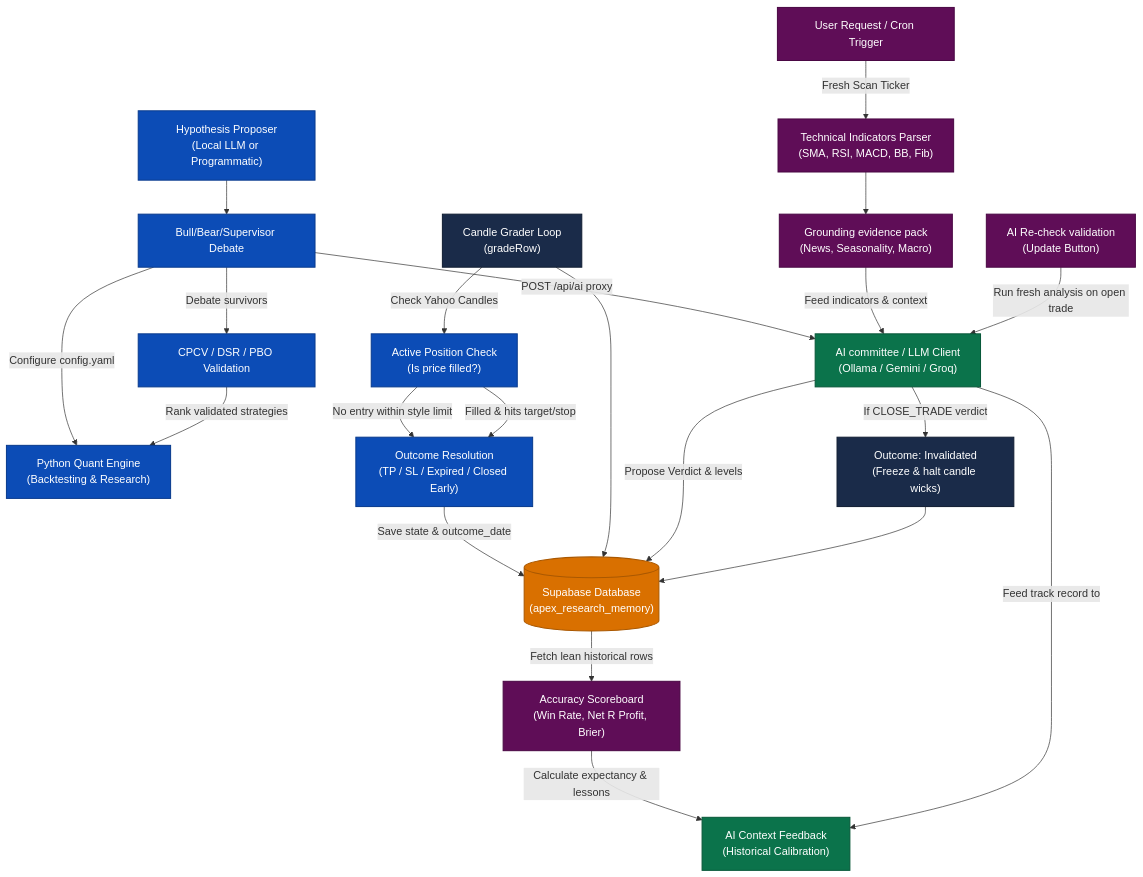
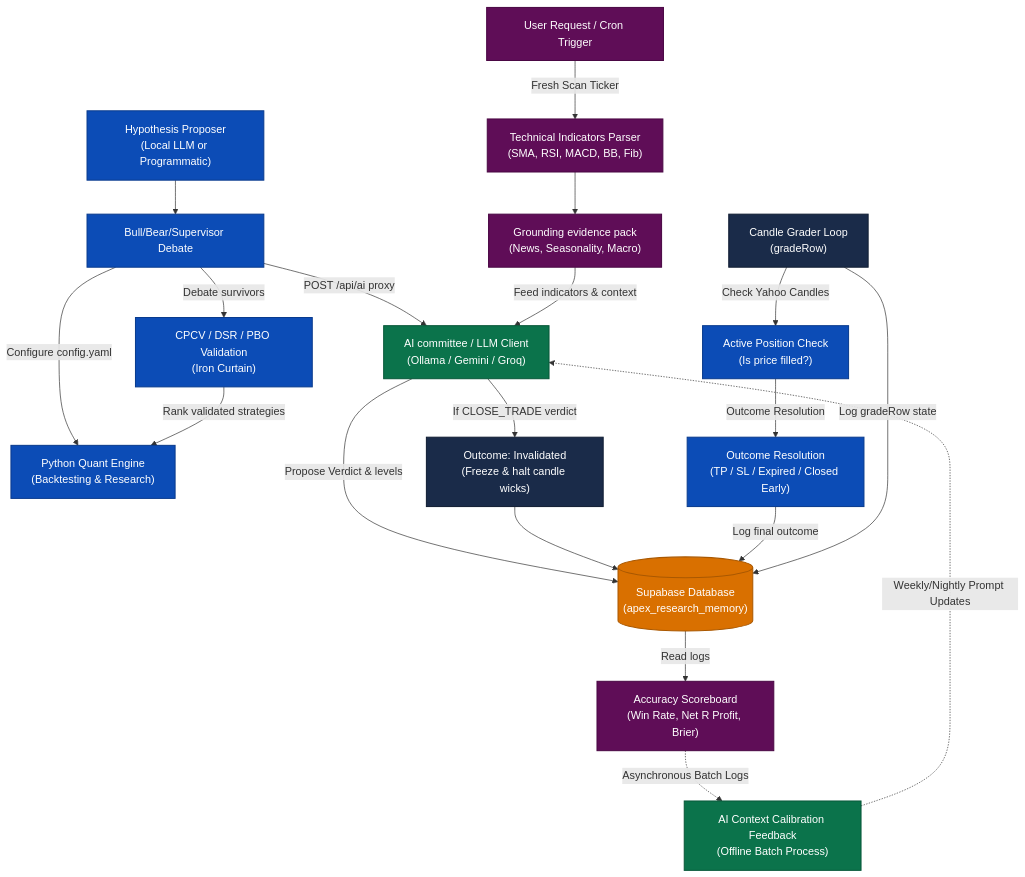
The diagram in system_architecture.md (zainm01800/apexfx), drawn with Mermaid before and after one commit. The commit also changed other lines of this file and 9 other files, not shown here.

````diff
--- a/system_architecture.md
+++ b/system_architecture.md
@@ -7,59 +7,66 @@
 ```mermaid
 graph TD
-    %% Style Definitions (Matching the Purple, Blue, Green, Orange Theme)
+    %% Style Definitions (Unidirectional & Decoupled Theme)
     classDef purple fill:#5f0d57,stroke:#4a0844,stroke-width:1.5px,color:#fff;
     classDef blue fill:#0c4cb6,stroke:#093b8e,stroke-width:1.5px,color:#fff;
     classDef green fill:#0b734b,stroke:#085839,stroke-width:1.5px,color:#fff;
     classDef orange fill:#d97000,stroke:#aa5800,stroke-width:1.5px,color:#fff;
     classDef darkblue fill:#1a2b49,stroke:#111e33,stroke-width:1.5px,color:#fff;
 
-    %% Nodes Placement
+    %% Ingestion & Parser
     UR["User Request / Cron Trigger"]:::purple
     TIP["Technical Indicators Parser<br/>(SMA, RSI, MACD, BB, Fib)"]:::purple
     GEP["Grounding evidence pack<br/>(News, Seasonality, Macro)"]:::purple
-    ARV["AI Re-check validation<br/>(Update Button)"]:::purple
     
+    %% Strategy & Validation Flow (Strictly Unidirectional)
     HP["Hypothesis Proposer<br/>(Local LLM or Programmatic)"]:::blue
     BBSD["Bull/Bear/Supervisor Debate"]:::blue
-    CDPV["CPCV / DSR / PBO Validation"]:::blue
+    CDPV["CPCV / DSR / PBO Validation<br/>(Iron Curtain)"]:::blue
     PQE["Python Quant Engine<br/>(Backtesting & Research)"]:::blue
     
     AIC["AI committee / LLM Client<br/>(Ollama / Gemini / Groq)"]:::green
-    ACF["AI Context Feedback<br/>(Historical Calibration)"]:::green
     
+    %% Execution Layer
     APC["Active Position Check<br/>(Is price filled?)"]:::blue
     OR["Outcome Resolution<br/>(TP / SL / Expired / Closed Early)"]:::blue
     OI["Outcome: Invalidated<br/>(Freeze & halt candle wicks)"]:::darkblue
     CGL["Candle Grader Loop<br/>(gradeRow)"]:::darkblue
     
+    %% Downstream Data Sinks (Pure Reads/Logs)
     DB[("Supabase Database<br/>(apex_research_memory)")]:::orange
     AS["Accuracy Scoreboard<br/>(Win Rate, Net R Profit, Brier)"]:::purple
+    
+    %% Offline/Batch Calibration (Decoupled Loop)
+    ACF["AI Context Calibration Feedback<br/>(Offline Batch Process)"]:::green
 
-    %% Logical Flows & Connectors
+    %% 1. Ingestion Flow
     UR -->|Fresh Scan Ticker| TIP
     TIP --> GEP
     
+    %% 2. Proposal & Validation Flow
     HP --> BBSD
     BBSD -->|POST /api/ai proxy| AIC
     BBSD -->|Configure config.yaml| PQE
     BBSD -->|Debate survivors| CDPV
     CDPV -->|Rank validated strategies| PQE
     
     GEP -->|Feed indicators & context| AIC
-    ARV -->|Run fresh analysis on open trade| AIC
     
-    APC -->|No entry within style limit| OR
-    APC -->|Filled & hits target/stop| OR
-    OR -->|Save state & outcome_date| DB
-    
-    CGL -->|Check Yahoo Candles| APC
-    CGL --> DB
-    
+    %% 3. AI Committee & Invalidation Flow
     AIC -->|Propose Verdict & levels| DB
     AIC -->|If CLOSE_TRADE verdict| OI
     OI --> DB
     
-    DB -->|Fetch lean historical rows| AS
-    AS -->|Calculate expectancy & lessons| ACF
-    AIC -->|Feed track record to| ACF
+    %% 4. Position Checks & Database Logger (Unidirectional)
+    CGL -->|Check Yahoo Candles| APC
+    APC -->|Outcome Resolution| OR
+    OR -->|Log final outcome| DB
+    CGL -->|Log gradeRow state| DB
+    
+    %% 5. Downstream UI Sinks
+    DB -->|Read logs| AS
+    
+    %% 6. Decoupled Asynchronous Calibration (Runs Offline)
+    AS -.->|Asynchronous Batch Logs| ACF
+    ACF -.->|Weekly/Nightly Prompt Updates| AIC
 ```
````
